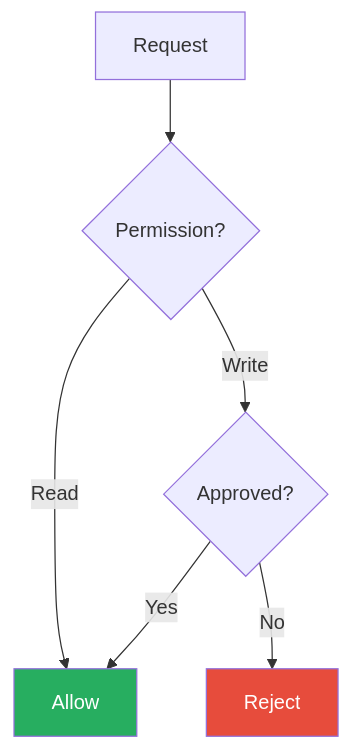
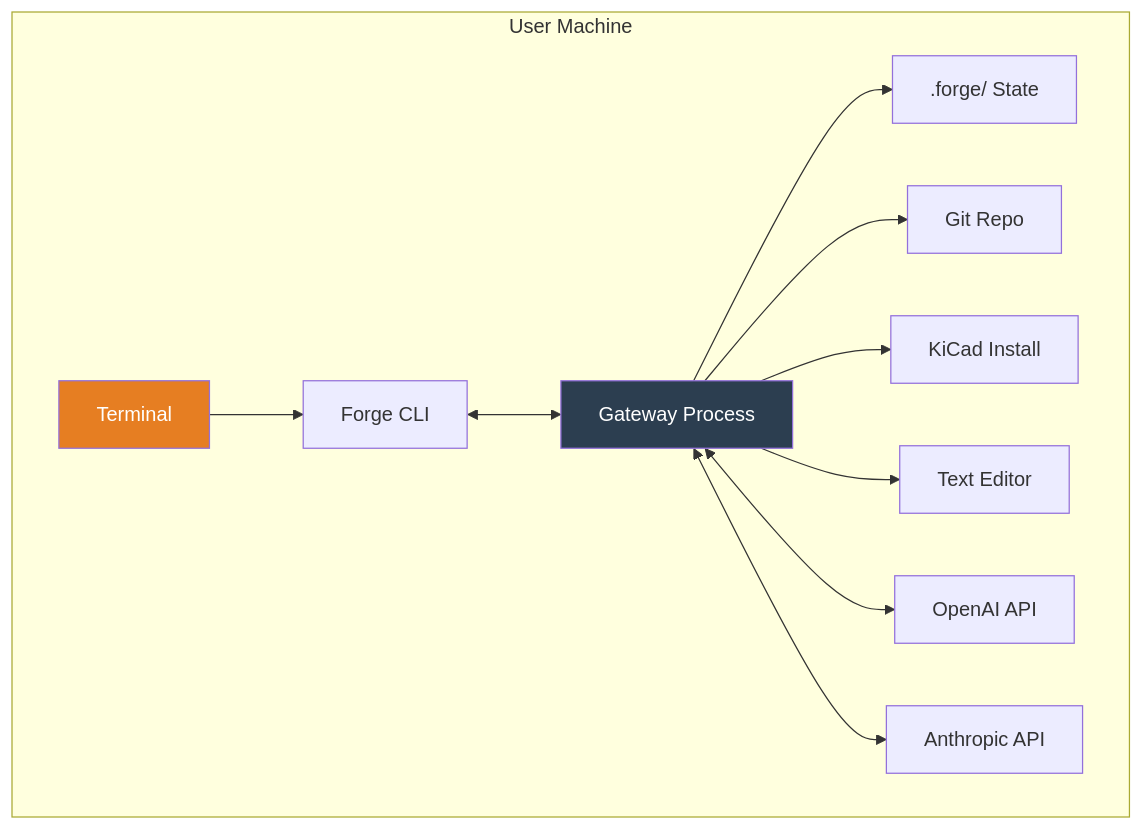
Before and after one commit to FidelOdok/MetaForge-Planner: diagram 18 of 20 in docs/architecture.md, drawn with Mermaid. The commit also changed other lines of this file, not shown here.

First line of the commit message:
docs: comprehensive architecture documentation with 20 Mermaid diagrams

````diff
--- a/docs/architecture.md
+++ b/docs/architecture.md
@@ -149,11 +933,18 @@
 ```mermaid
-graph TD
-    A[Request] --> B{Permission?}
-    B -->|Read| C[Allow]
-    B -->|Write| D{Approved?}
-    D -->|Yes| C
-    D -->|No| E[Reject]
+graph TB
+    subgraph "User Machine"
+        A[Terminal] --> B[Forge CLI]
+        B <--> C[Gateway Process]
 
-    style E fill:#e74c3c,color:#fff
-    style C fill:#27ae60,color:#fff
+        C --> D[.forge/ State]
+        C --> E[Git Repo]
+        C --> F[KiCad Install]
+        C --> G[Text Editor]
+
+        C <--> H[OpenAI API]
+        C <--> I[Anthropic API]
+    end
+
+    style A fill:#E67E22,color:#fff
+    style C fill:#2C3E50,color:#fff
 ```
````
